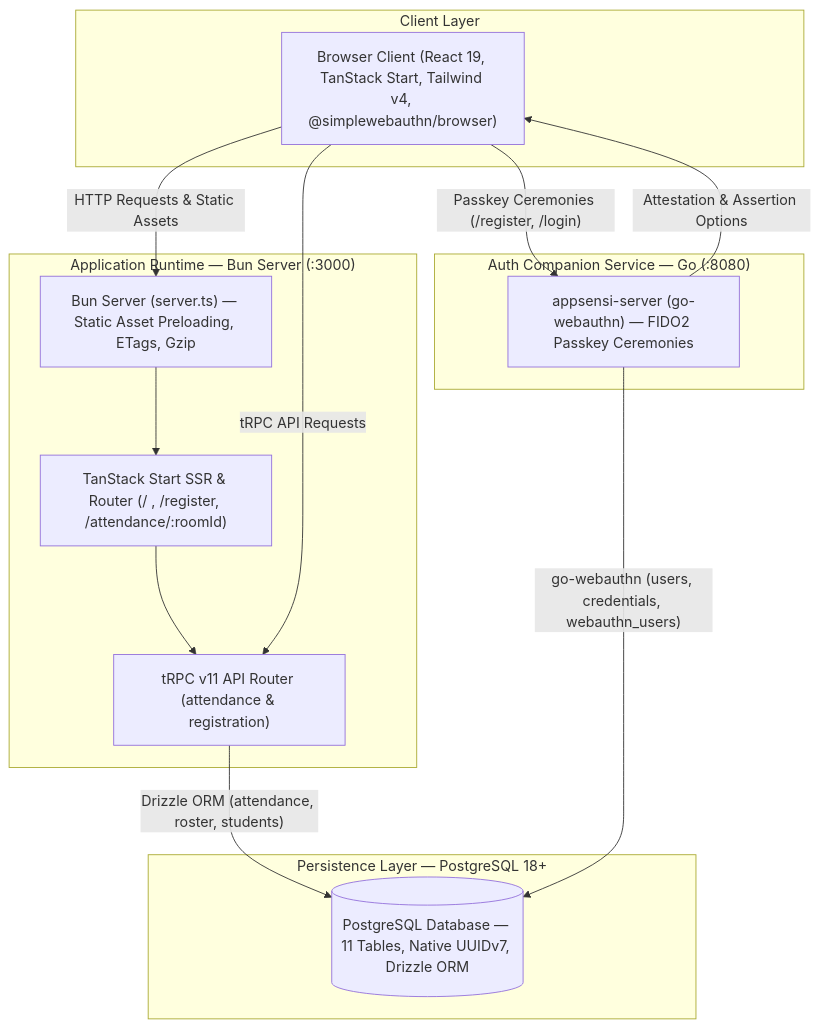
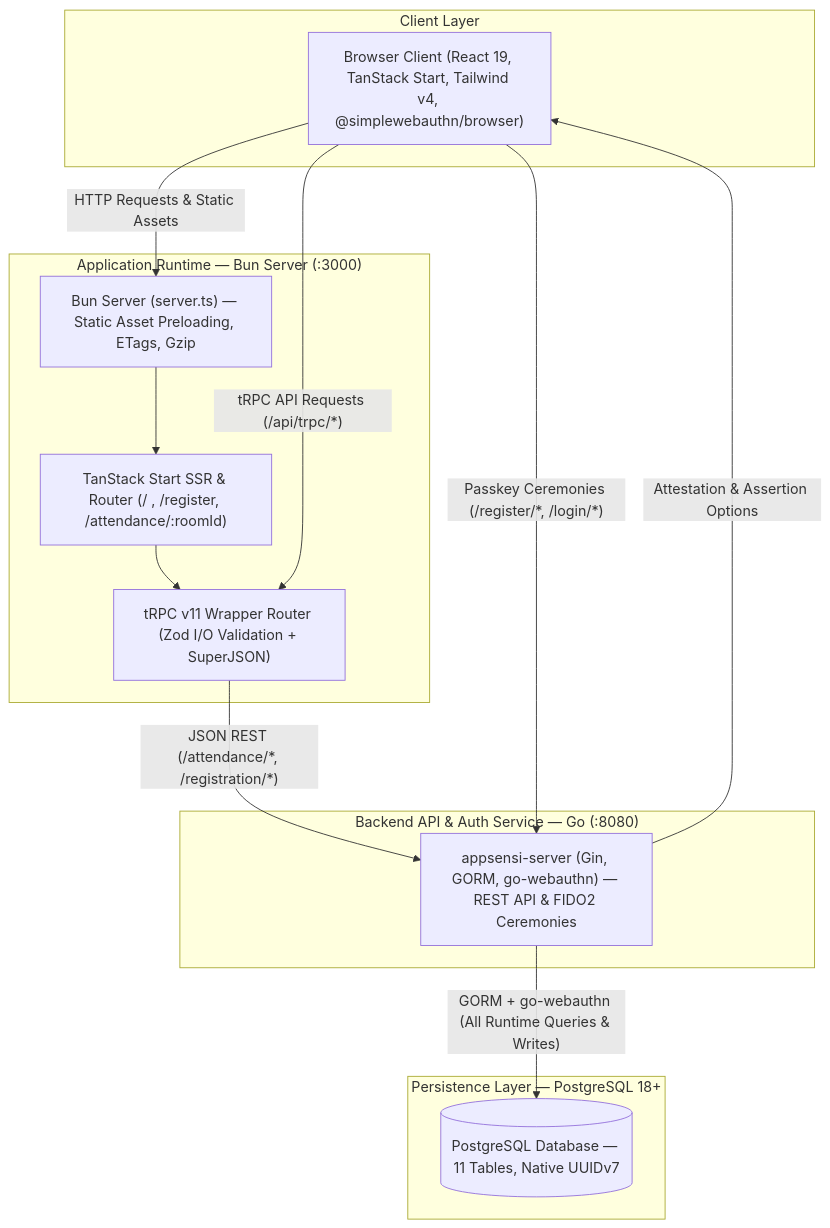
The diagram in docs/ARCHITECTURE.md (hapnan/appsensi), drawn with Mermaid before and after one commit. The commit also changed other lines of this file and 7 other files, not shown here.

Commit message:
docs: update documentation for API, architecture, and flow diagrams; enhance clarity and accuracy feat: add test script to package.json for unit and integration testing

````diff
--- a/docs/ARCHITECTURE.md
+++ b/docs/ARCHITECTURE.md
@@ -9,29 +9,29 @@
 ```mermaid
 flowchart TD
     subgraph Client ["Client Layer"]
         Browser["Browser Client (React 19, TanStack Start, Tailwind v4, @simplewebauthn/browser)"]
     end
 
     subgraph AppServer ["Application Runtime — Bun Server (:3000)"]
         BunRuntime["Bun Server (server.ts) — Static Asset Preloading, ETags, Gzip"]
         StartApp["TanStack Start SSR & Router (/ , /register, /attendance/:roomId)"]
-        TRPCApi["tRPC v11 API Router (attendance & registration)"]
+        TRPCApi["tRPC v11 Wrapper Router (Zod I/O Validation + SuperJSON)"]
         BunRuntime --> StartApp --> TRPCApi
     end
 
-    subgraph AuthServer ["Auth Companion Service — Go (:8080)"]
-        GoAuth["appsensi-server (go-webauthn) — FIDO2 Passkey Ceremonies"]
+    subgraph BackendServer ["Backend API & Auth Service — Go (:8080)"]
+        GoAuth["appsensi-server (Gin, GORM, go-webauthn) — REST API & FIDO2 Ceremonies"]
     end
 
     subgraph Database ["Persistence Layer — PostgreSQL 18+"]
-        Postgres[("PostgreSQL Database — 11 Tables, Native UUIDv7, Drizzle ORM")]
+        Postgres[("PostgreSQL Database — 11 Tables, Native UUIDv7")]
     end
 
     Browser -- "HTTP Requests & Static Assets" --> BunRuntime
-    Browser -- "tRPC API Requests" --> TRPCApi
-    Browser -- "Passkey Ceremonies (/register, /login)" --> GoAuth
+    Browser -- "tRPC API Requests (/api/trpc/*)" --> TRPCApi
+    TRPCApi -- "JSON REST (/attendance/*, /registration/*)" --> GoAuth
+    Browser -- "Passkey Ceremonies (/register/*, /login/*)" --> GoAuth
     GoAuth -- "Attestation & Assertion Options" --> Browser
 
-    TRPCApi -- "Drizzle ORM (attendance, roster, students)" --> Postgres
-    GoAuth -- "go-webauthn (users, credentials, webauthn_users)" --> Postgres
+    GoAuth -- "GORM + go-webauthn (All Runtime Queries & Writes)" --> Postgres
 ```
````
